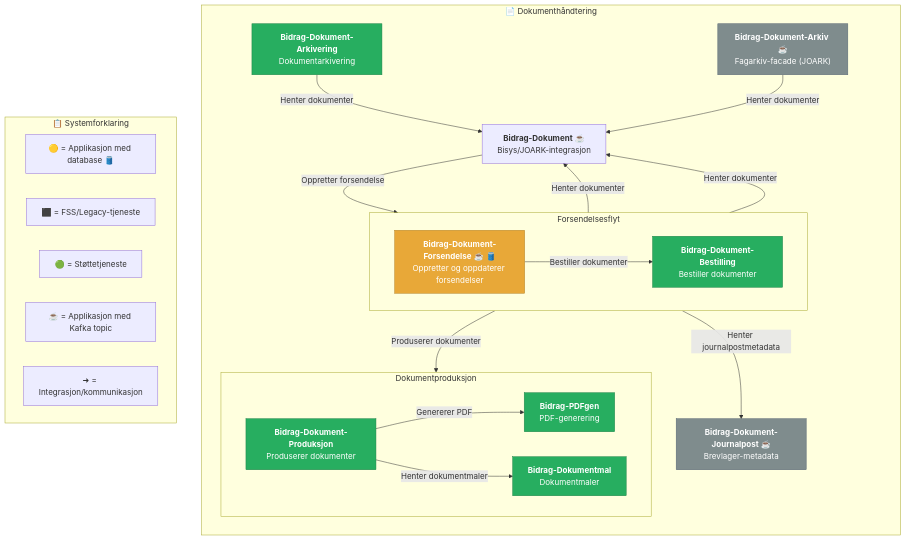
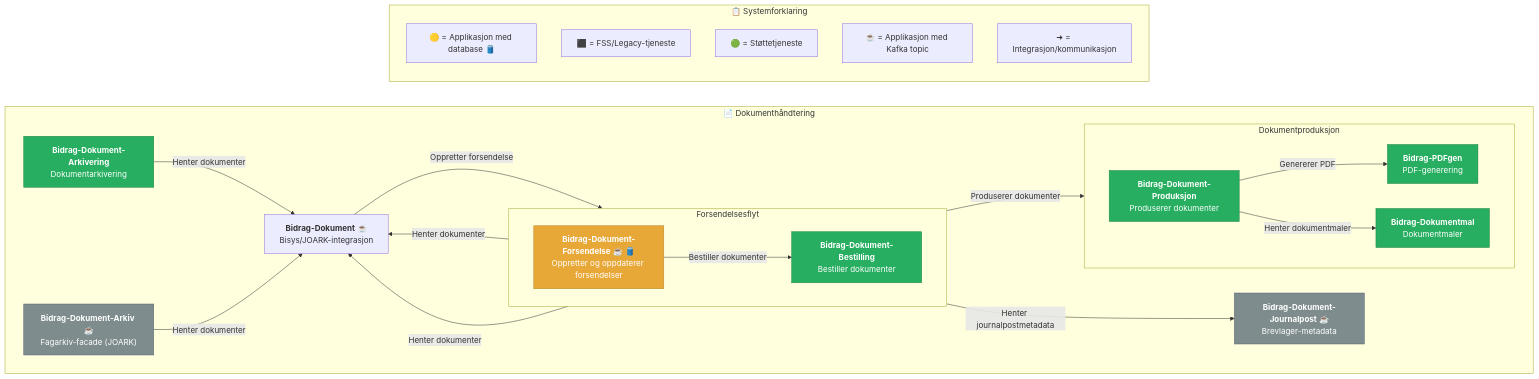
Before and after one commit to navikt/bidrag-dokumentasjon: the diagram in dokumentasjon/systemdokumentasjon/dokumenthåndtering.mermaid, drawn with Mermaid. The commit also changed 1 other file, not shown here.

Commit message:
Rydding i diagrammer

```diff
--- a/dokumentasjon/systemdokumentasjon/dokumenthåndtering.mermaid
+++ b/dokumentasjon/systemdokumentasjon/dokumenthåndtering.mermaid
@@ -1,74 +1,74 @@
 ---
 config:
   layout: fixed
 ---
-graph TB
+graph LR
 
     classDef frontend fill:#4A90D9,color:#fff,stroke:#2c6fad
     classDef legacyFSS fill:#7F8C8D,color:#fff,stroke:#566573
     classDef withDb fill:#E8A838,color:#fff,stroke:#b5852a
     classDef legacyApp fill:#C0392B,color:#fff,stroke:#922b21
     classDef utility fill:#27AE60,color:#fff,stroke:#1e8449
     classDef external fill:#BDC3C7,color:#333,stroke:#95A5A6,stroke-dasharray: 5 5
 
     subgraph Dokumenthåndtering["📄 Dokumenthåndtering"]
-        direction TB
+        direction LR
 
         BidragDokument["<b>Bidrag-Dokument</b> ☕<br/>Bisys/JOARK-integrasjon"]
         BidragDokumentArkiv["<b>Bidrag-Dokument-Arkiv</b> ☕<br/>Fagarkiv-facade (JOARK)"]
         BidragDokumentJournalpost["<b>Bidrag-Dokument-Journalpost</b> ☕<br/>Brevlager-metadata"]
         BidragDokumentArkivering["<b>Bidrag-Dokument-Arkivering</b><br/>Dokumentarkivering"]
 
         subgraph Forsendelse["Forsendelsesflyt"]
             direction LR
             BidragDokumentForsendelse["<b>Bidrag-Dokument-Forsendelse</b> ☕ 🛢️<br/>Oppretter og oppdaterer forsendelser"]
             BidragDokumentBestilling["<b>Bidrag-Dokument-Bestilling</b><br/>Bestiller dokumenter"]
         end
 
         subgraph Produksjon["Dokumentproduksjon"]
             direction LR
             BidragDokumentProduksjon["<b>Bidrag-Dokument-Produksjon</b><br/>Produserer dokumenter"]
             BidragDokumentmal["<b>Bidrag-Dokumentmal</b><br/>Dokumentmaler"]
             BidragPdfgen["<b>Bidrag-PDFgen</b><br/>PDF-generering"]
         end
     end
 
 
     %% Interne koblinger i dokumenthåndtering
     BidragDokument -->|Oppretter forsendelse| BidragDokumentForsendelse
     BidragDokumentArkivering -->|Henter dokumenter| BidragDokument
     BidragDokumentArkiv -->|Henter dokumenter| BidragDokument
 
     BidragDokumentForsendelse -->|Bestiller dokumenter| BidragDokumentBestilling
     BidragDokumentForsendelse -->|Henter journalpostmetadata| BidragDokumentJournalpost
     BidragDokumentForsendelse -->|Henter dokumenter| BidragDokument
 
     BidragDokumentBestilling -->|Produserer dokumenter| BidragDokumentProduksjon
     BidragDokumentBestilling -->|Henter dokumenter| BidragDokument
 
     BidragDokumentProduksjon -->|Genererer PDF| BidragPdfgen
     BidragDokumentProduksjon -->|Henter dokumentmaler| BidragDokumentmal
 
 
     %% Color assignments
     class BidragDokumentForsendelse withDb
     class BidragDokumentArkiv,BidragDokumentJournalpost legacyFSS
     class BidragDokumentArkivering,BidragDokumentBestilling,BidragDokumentProduksjon,BidragDokumentmal,BidragPdfgen utility
 
     click BidragDokument visApplikasjon "Åpne applikasjonsbeskrivelse"
     click BidragDokumentArkiv visApplikasjon "Åpne applikasjonsbeskrivelse"
     click BidragDokumentJournalpost visApplikasjon "Åpne applikasjonsbeskrivelse"
     click BidragDokumentArkivering visApplikasjon "Åpne applikasjonsbeskrivelse"
     click BidragDokumentBestilling visApplikasjon "Åpne applikasjonsbeskrivelse"
     click BidragDokumentForsendelse visApplikasjon "Åpne applikasjonsbeskrivelse"
     click BidragDokumentProduksjon visApplikasjon "Åpne applikasjonsbeskrivelse"
     click BidragDokumentmal visApplikasjon "Åpne applikasjonsbeskrivelse"
     click BidragPdfgen visApplikasjon "Åpne applikasjonsbeskrivelse"
 
     subgraph Legend["📋 Systemforklaring"]
         LegendDb["🟡 = Applikasjon med database 🛢️"]
         LegendFSS["⬛ = FSS/Legacy-tjeneste"]
         LegendUtility["🟢 = Støttetjeneste"]
         LegendKafka["☕ = Applikasjon med Kafka topic"]
         LegendArrows["➜ = Integrasjon/kommunikasjon"]
     end
```
